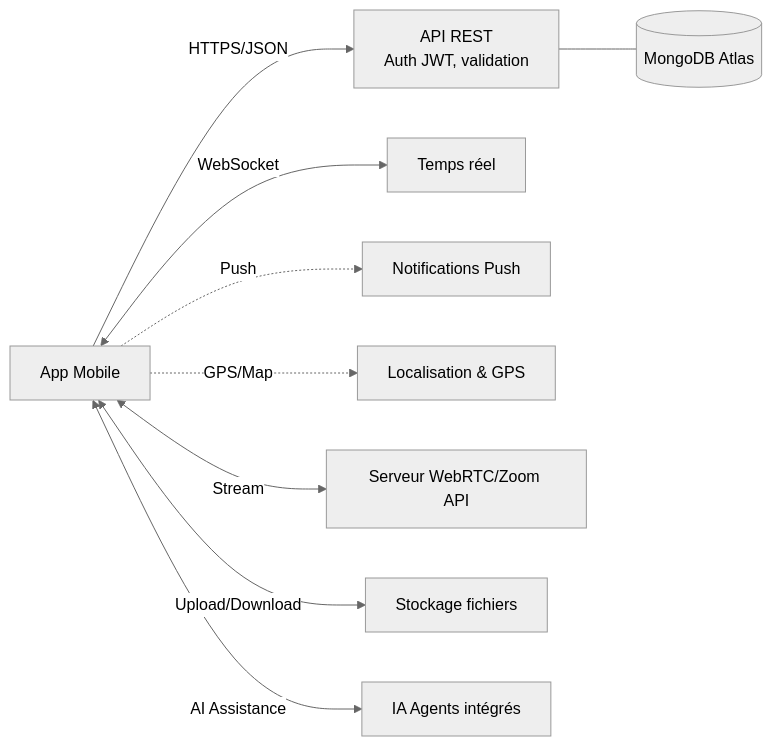
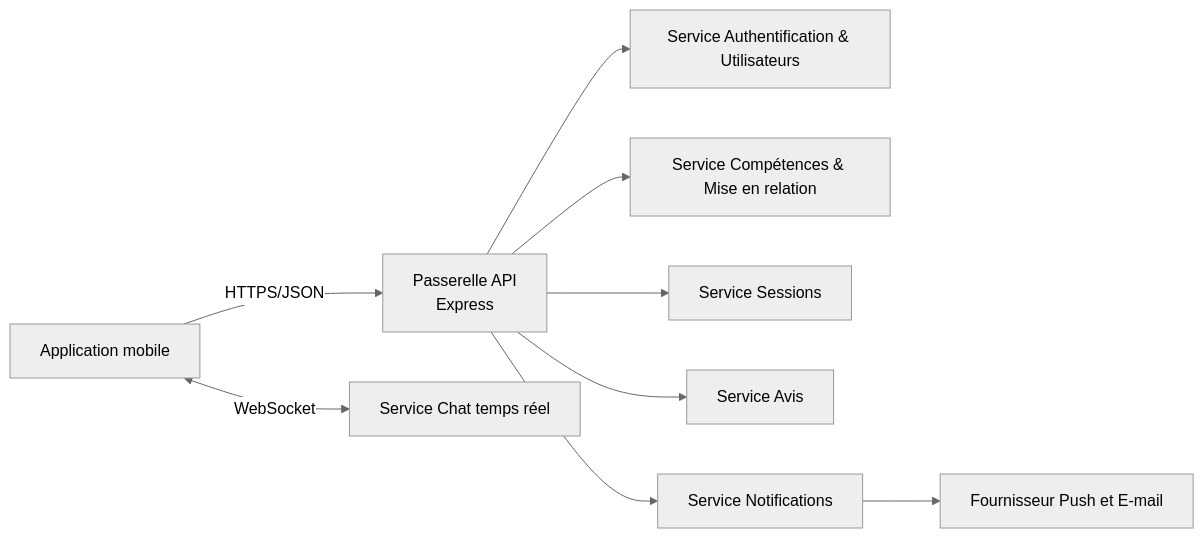
Before and after one commit to youcisla/SwapSkill: the first of 10 diagrams in Youcef.md, drawn with Mermaid (neutral theme). The commit also changed other lines of this file, not shown here.

`````diff
--- a/Youcef.md
+++ b/Youcef.md
@@ -91,21 +36,11 @@
 ```mermaid
 flowchart LR
-  App[App Mobile]
-  API[API REST\nAuth JWT, validation]
-  WS[Temps réel]
-  DB[(MongoDB Atlas)]
-  Push[Notifications Push]
-  Maps[Localisation & GPS]
-  Video[Serveur WebRTC/Zoom API]
-  Files[Stockage fichiers]
-  AI[IA Agents intégrés]
-
-  App -- HTTPS/JSON --> API
-  API --- DB
-  App <-- WebSocket --> WS
-  App -. Push .-> Push
-  App -. GPS/Map .-> Maps
-  App <-- Stream --> Video
-  App <-- Upload/Download --> Files
-  App <-- AI Assistance --> AI
-````
+	ApplicationMobile[Application mobile] -- HTTPS/JSON --> PasserelleAPI[Passerelle API\nExpress]
+	PasserelleAPI --> ServiceAuth[Service Authentification & Utilisateurs]
+	PasserelleAPI --> ServiceMiseEnRelation[Service Compétences & Mise en relation]
+	PasserelleAPI --> ServiceSession[Service Sessions]
+	PasserelleAPI --> ServiceAvis[Service Avis]
+	PasserelleAPI --> ServiceNotification[Service Notifications]
+	ApplicationMobile <-- WebSocket --> ServiceChat[Service Chat temps réel]
+	ServiceNotification --> FournisseurPush[Fournisseur Push et E-mail]
+```
`````
